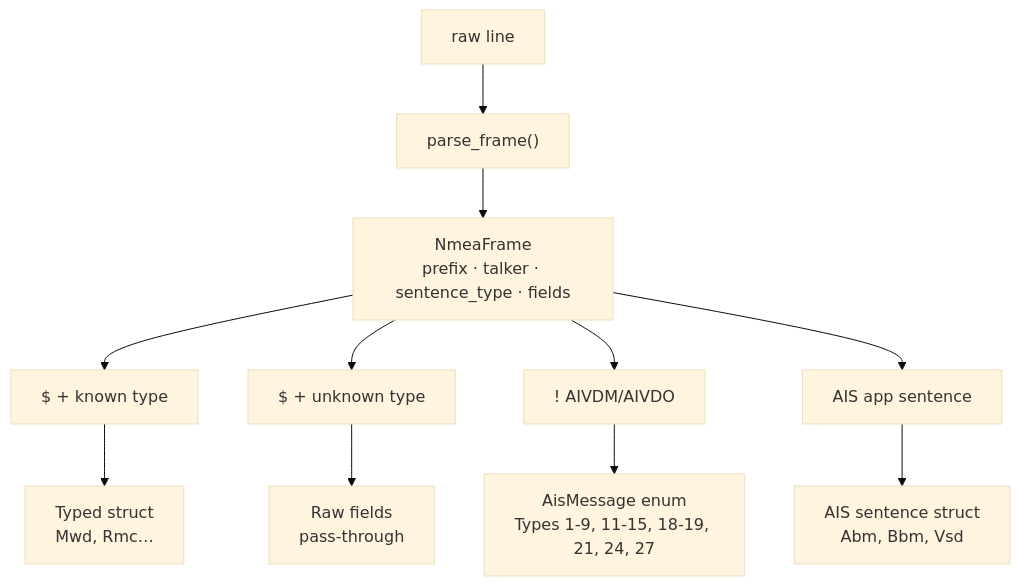
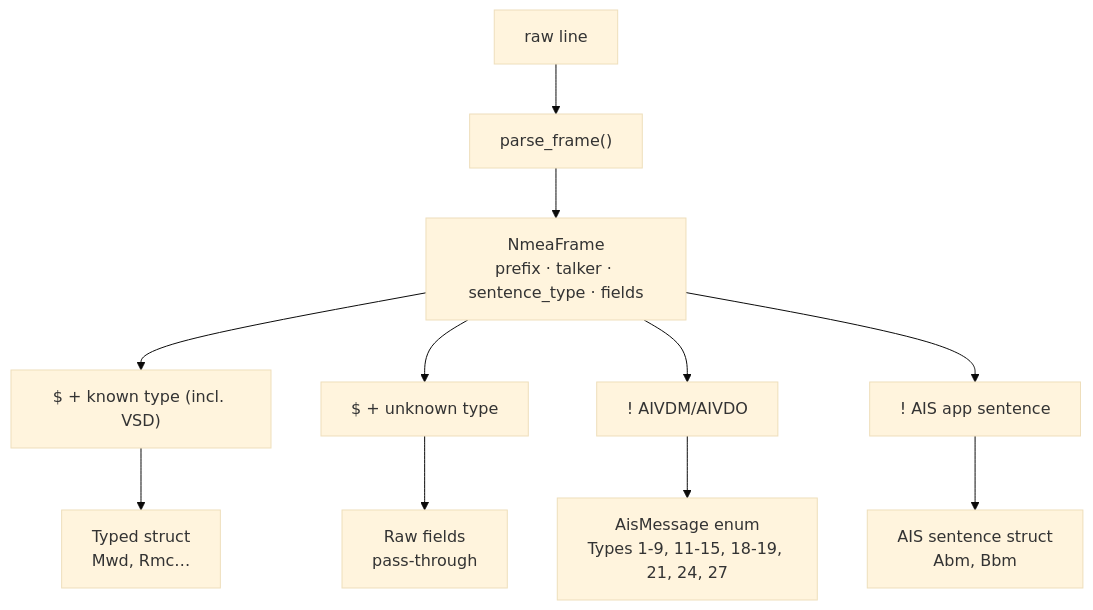
One commit to amoutiers/nmea-kit changed the diagram in README.md. Above: the diagram before and after it, drawn with Mermaid (base theme). The commit also changed other lines of this file and 18 other files, not shown here.

Commit message:
fix: classify VSD as NMEA sentence

````diff
--- a/README.md
+++ b/README.md
@@ -91,13 +91,13 @@
 ```mermaid
 flowchart TD
     raw["raw line"] --> pf["parse_frame()"]
     pf --> frame["NmeaFrame\nprefix · talker · sentence_type · fields"]
-    frame --> known["$ + known type"]
+    frame --> known["$ + known type (incl. VSD)"]
     frame --> unknown["$ + unknown type"]
     frame --> ais_in["! AIVDM/AIVDO"]
-    frame --> ais_sentence["AIS app sentence"]
+    frame --> ais_sentence["! AIS app sentence"]
     known --> typed["Typed struct\nMwd, Rmc…"]
     unknown --> raw_fields["Raw fields\npass-through"]
     ais_in --> ais_msg["AisMessage enum\nTypes 1-9, 11-15, 18-19, 21, 24, 27"]
-    ais_sentence --> ais_typed["AIS sentence struct\nAbm, Bbm, Vsd"]
+    ais_sentence --> ais_typed["AIS sentence struct\nAbm, Bbm"]
 ```
````
